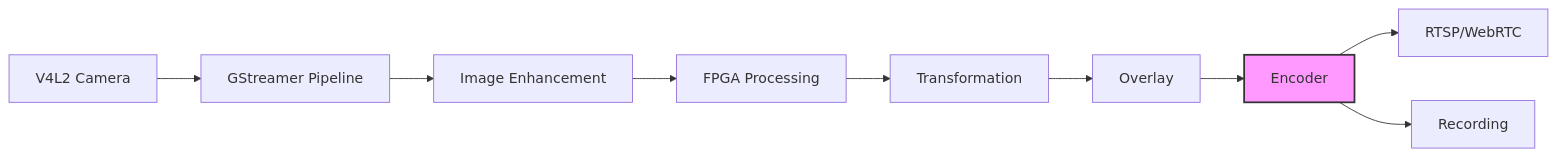
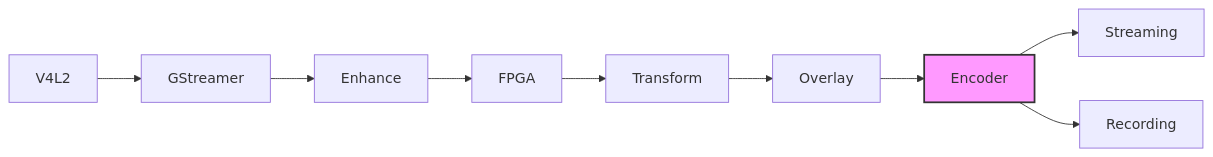
Before and after one commit to JayeshKakkad-Rotoclear/Rotoclear-C-Pro-Docs: the second of 9 diagrams in docs/architecture/overview.md, drawn with Mermaid. The commit also changed other lines of this file and 16 other files, not shown here.

Commit message:
Fix Mermaid diagram text overflow issues - Simplified all node labels to prevent text cutoff - Removed line breaks from node text - Shortened labels while maintaining clarity - Fixed all diagrams to display properly on website

````diff
--- a/docs/architecture/overview.md
+++ b/docs/architecture/overview.md
@@ -189,14 +203,14 @@
 ```mermaid
 graph LR
-    A[V4L2 Camera] --> B[GStreamer Pipeline]
-    B --> C[Image Enhancement]
-    C --> D[FPGA Processing]
-    D --> E[Transformation]
+    A[V4L2] --> B[GStreamer]
+    B --> C[Enhance]
+    C --> D[FPGA]
+    D --> E[Transform]
     E --> F[Overlay]
     F --> G[Encoder]
     
-    G --> H[RTSP/WebRTC]
+    G --> H[Streaming]
     G --> I[Recording]
     
     style G fill:#f9f,stroke:#333,stroke-width:2px
 ```
````
